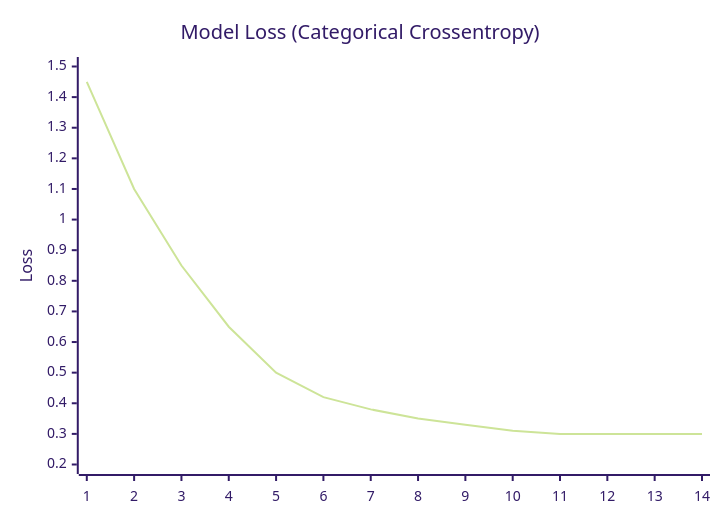
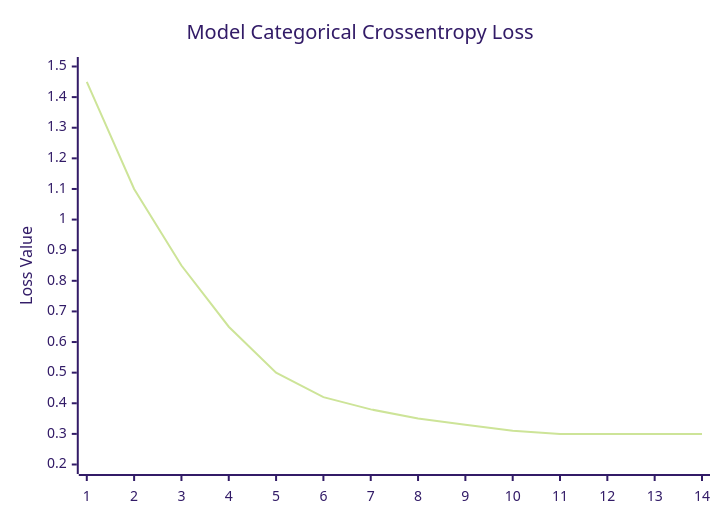
The third of 3 diagrams in README.md (DevOpsLogistics/FoodVision-Ai), drawn with Mermaid (forest theme) before and after one commit. The commit also changed other lines of this file, not shown here.

Commit message:
Docs: Update README with extremely detailed features and CNN architecture explanations

````diff
--- a/README.md
+++ b/README.md
@@ -85,7 +114,7 @@
 ```mermaid
 xychart-beta
-    title "Model Loss (Categorical Crossentropy)"
+    title "Model Categorical Crossentropy Loss"
     x-axis [1, 2, 3, 4, 5, 6, 7, 8, 9, 10, 11, 12, 13, 14]
-    y-axis "Loss" 0.20 --> 1.50
+    y-axis "Loss Value" 0.20 --> 1.50
     line [1.45, 1.10, 0.85, 0.65, 0.50, 0.42, 0.38, 0.35, 0.33, 0.31, 0.30, 0.30, 0.30, 0.30]
 ```
````
